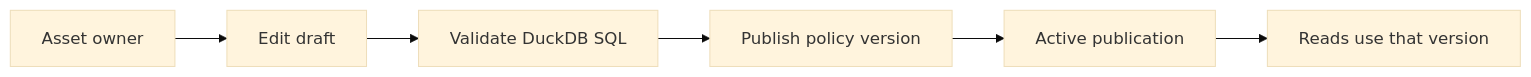
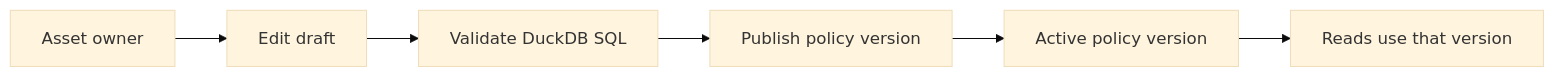
Before and after one commit to snithish/dal-obscura: the first of 2 diagrams in docs/policy-authoring.md, drawn with Mermaid (base theme). The commit also changed 20 other files, not shown here.

````diff
--- a/docs/policy-authoring.md
+++ b/docs/policy-authoring.md
@@ -9,8 +9,8 @@
 ```mermaid
 flowchart LR
     owner["Asset owner"] --> draft["Edit draft"]
     draft --> validate["Validate DuckDB SQL"]
     validate --> publish["Publish policy version"]
-    publish --> active["Active publication"]
+    publish --> active["Active policy version"]
     active --> read["Reads use that version"]
 ```
````
